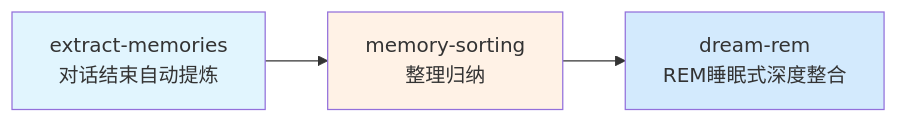
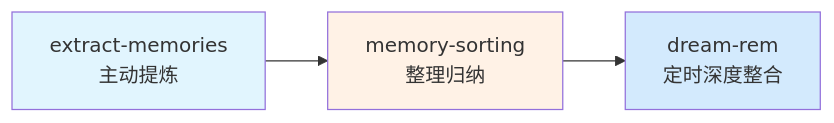
The diagram in README.md (Jofiction918/openclaw-cc-contrib), drawn with Mermaid before and after one commit. The commit also changed other lines of this file and 5 other files, not shown here.

````diff
--- a/README.md
+++ b/README.md
@@ -13,8 +21,8 @@
 ```mermaid
 flowchart LR
-    A["extract-memories<br>对话结束自动提炼"] --> B["memory-sorting<br>整理归纳"]
-    B --> C["dream-rem<br>REM睡眠式深度整合"]
+    A["extract-memories<br>主动提炼"] --> B["memory-sorting<br>整理归纳"]
+    B --> C["dream-rem<br>定时深度整合"]
     style A fill:#e1f5fe
     style B fill:#fff2e6
     style C fill:#d3eafd
 ```
````
